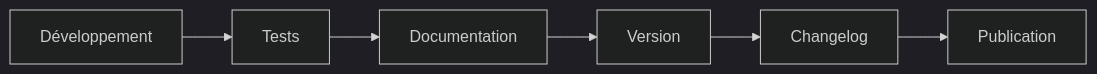
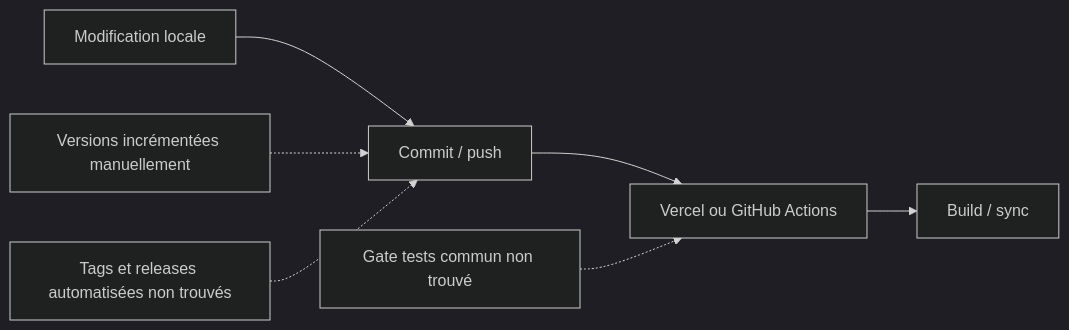
Before and after one commit to Matthieu-Vachet/dashboard_Admin: the diagram in docs/codex/Tome 1 — Foundation (Fondations)/DOC-007-versioning.md, drawn with Mermaid (dark theme). The commit also changed other lines of this file and 76 other files, not shown here.

First line of the commit message:
feat(trainer-pokemon): implement trainer Pokémon references, repository, and schema

````diff
--- a/docs/codex/Tome 1 — Foundation (Fondations)/DOC-007-versioning.md
+++ b/docs/codex/Tome 1 — Foundation (Fondations)/DOC-007-versioning.md
@@ -168,9 +183,9 @@
 ```mermaid
 flowchart LR
-A[Développement]
--->B[Tests]
--->C[Documentation]
--->D[Version]
--->E[Changelog]
--->F[Publication]
+  A[Modification locale] --> B[Commit / push]
+  B --> C[Vercel ou GitHub Actions]
+  C --> D[Build / sync]
+  V[Versions incrémentées manuellement] -.-> B
+  T[Tags et releases automatisées non trouvés] -.-> B
+  G[Gate tests commun non trouvé] -.-> C
 ```
````
